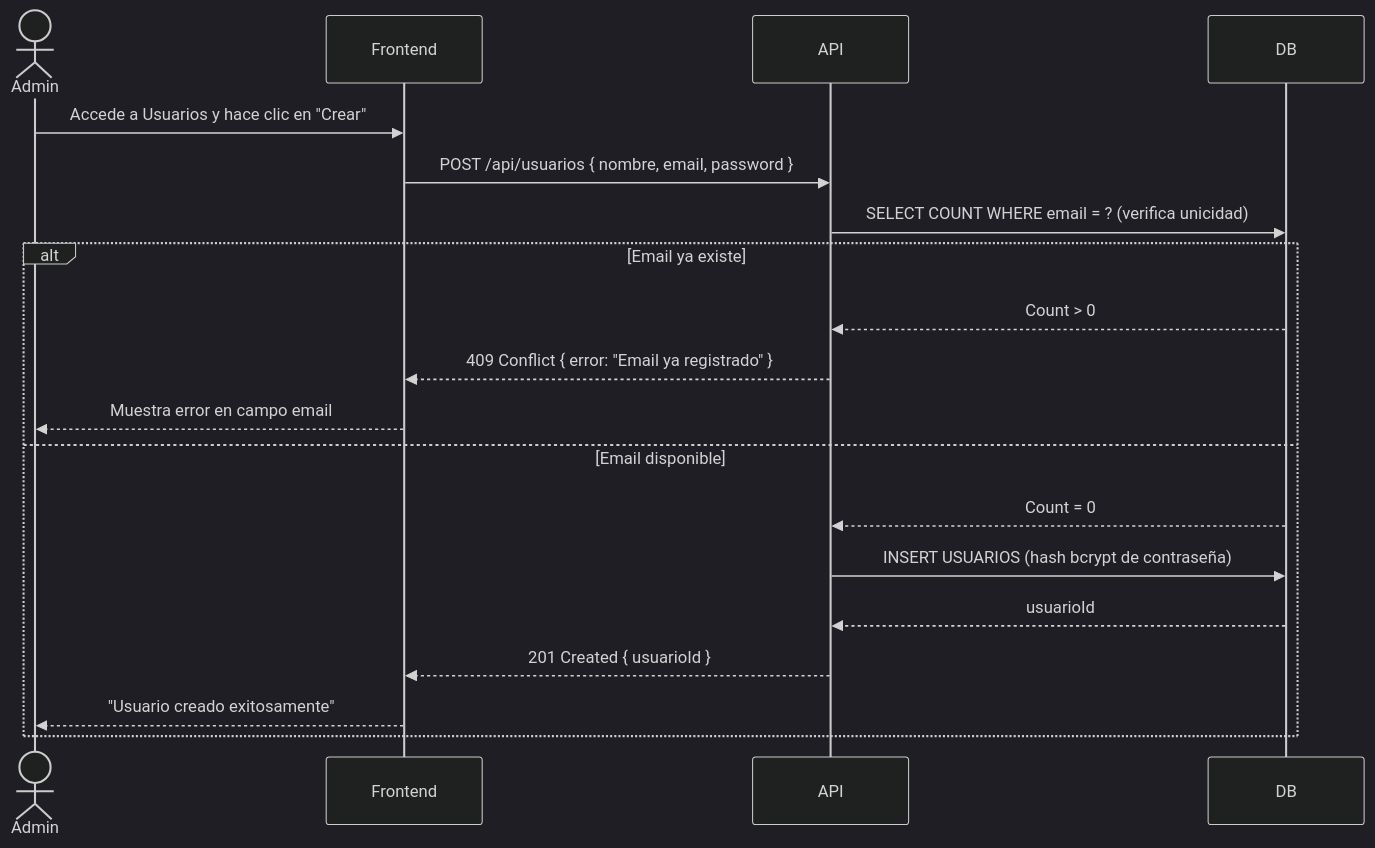
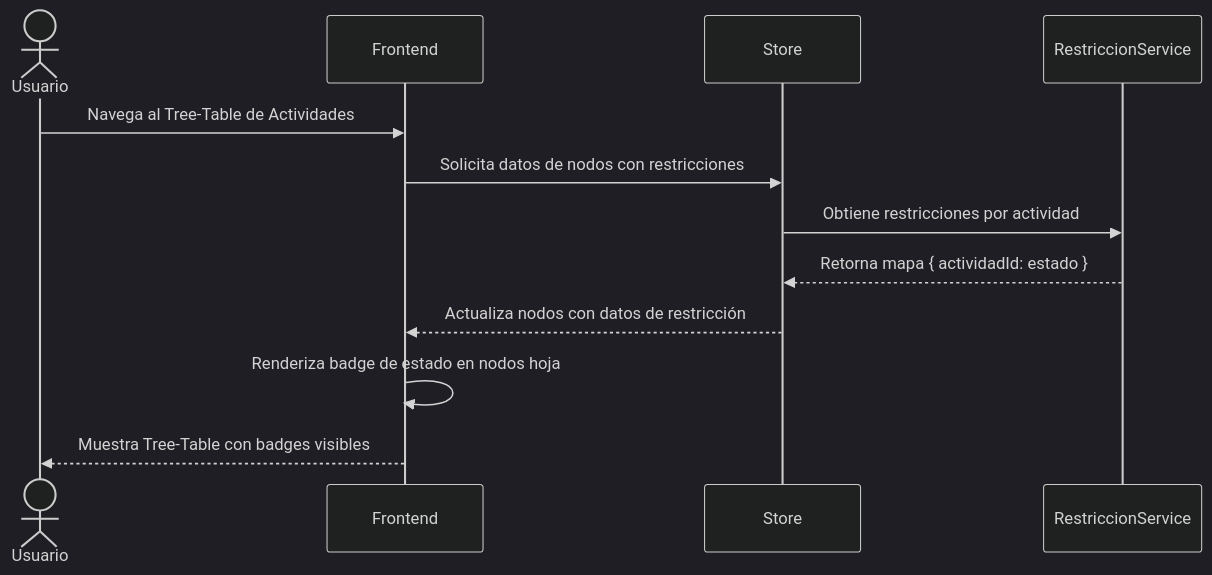
The diagram in ai-specs/backlog/us-003.md (syntaxiscorp/syntaxis-ai-specs), drawn with Mermaid (dark theme) before and after one commit. The commit also changed other lines of this file and 53 other files, not shown here.

````diff
--- a/ai-specs/backlog/us-003.md
+++ b/ai-specs/backlog/us-003.md
@@ -47,22 +33,14 @@
 ```mermaid
 sequenceDiagram
-    actor Admin
+    actor Usuario
     participant Frontend
-    participant API
-    participant DB
-
-    Admin->>Frontend: Accede a Usuarios y hace clic en "Crear"
-    Frontend->>API: POST /api/usuarios { nombre, email, password }
-    API->>DB: SELECT COUNT WHERE email = ? (verifica unicidad)
-    alt Email ya existe
-        DB-->>API: Count > 0
-        API-->>Frontend: 409 Conflict { error: "Email ya registrado" }
-        Frontend-->>Admin: Muestra error en campo email
-    else Email disponible
-        DB-->>API: Count = 0
-        API->>DB: INSERT USUARIOS (hash bcrypt de contraseña)
-        DB-->>API: usuarioId
-        API-->>Frontend: 201 Created { usuarioId }
-        Frontend-->>Admin: "Usuario creado exitosamente"
-    end
+    participant Store
+    participant RestriccionService
+    Usuario->>Frontend: Navega al Tree-Table de Actividades
+    Frontend->>Store: Solicita datos de nodos con restricciones
+    Store->>RestriccionService: Obtiene restricciones por actividad
+    RestriccionService-->>Store: Retorna mapa { actividadId: estado }
+    Store-->>Frontend: Actualiza nodos con datos de restricción
+    Frontend->>Frontend: Renderiza badge de estado en nodos hoja
+    Frontend-->>Usuario: Muestra Tree-Table con badges visibles
 ```
````
